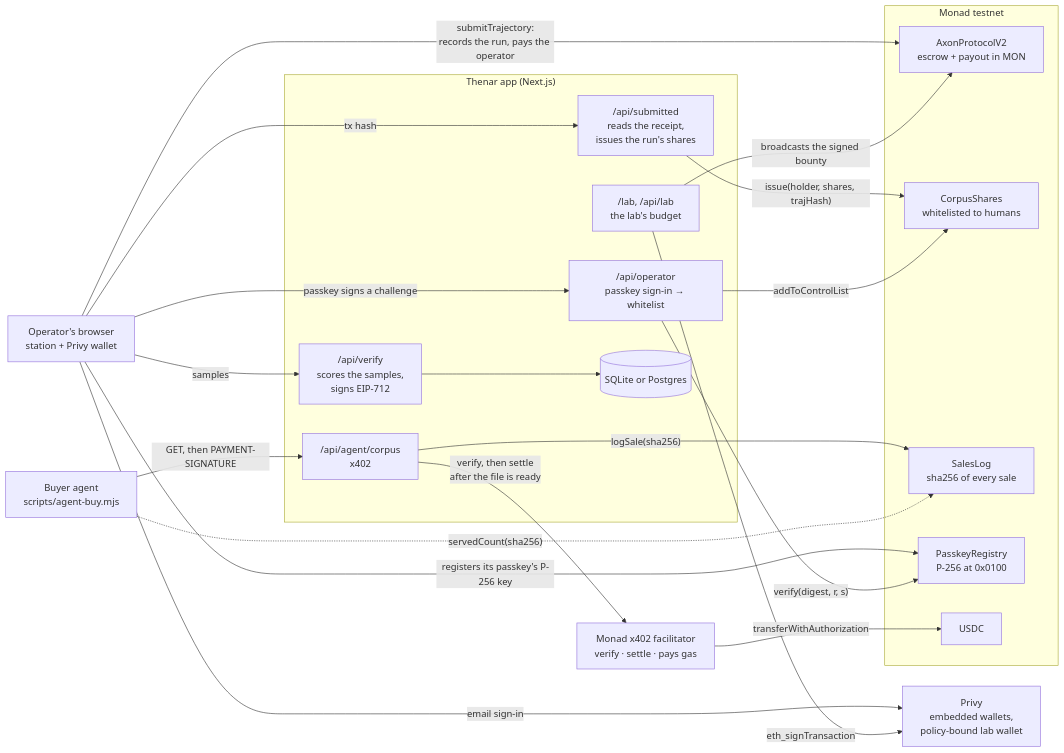
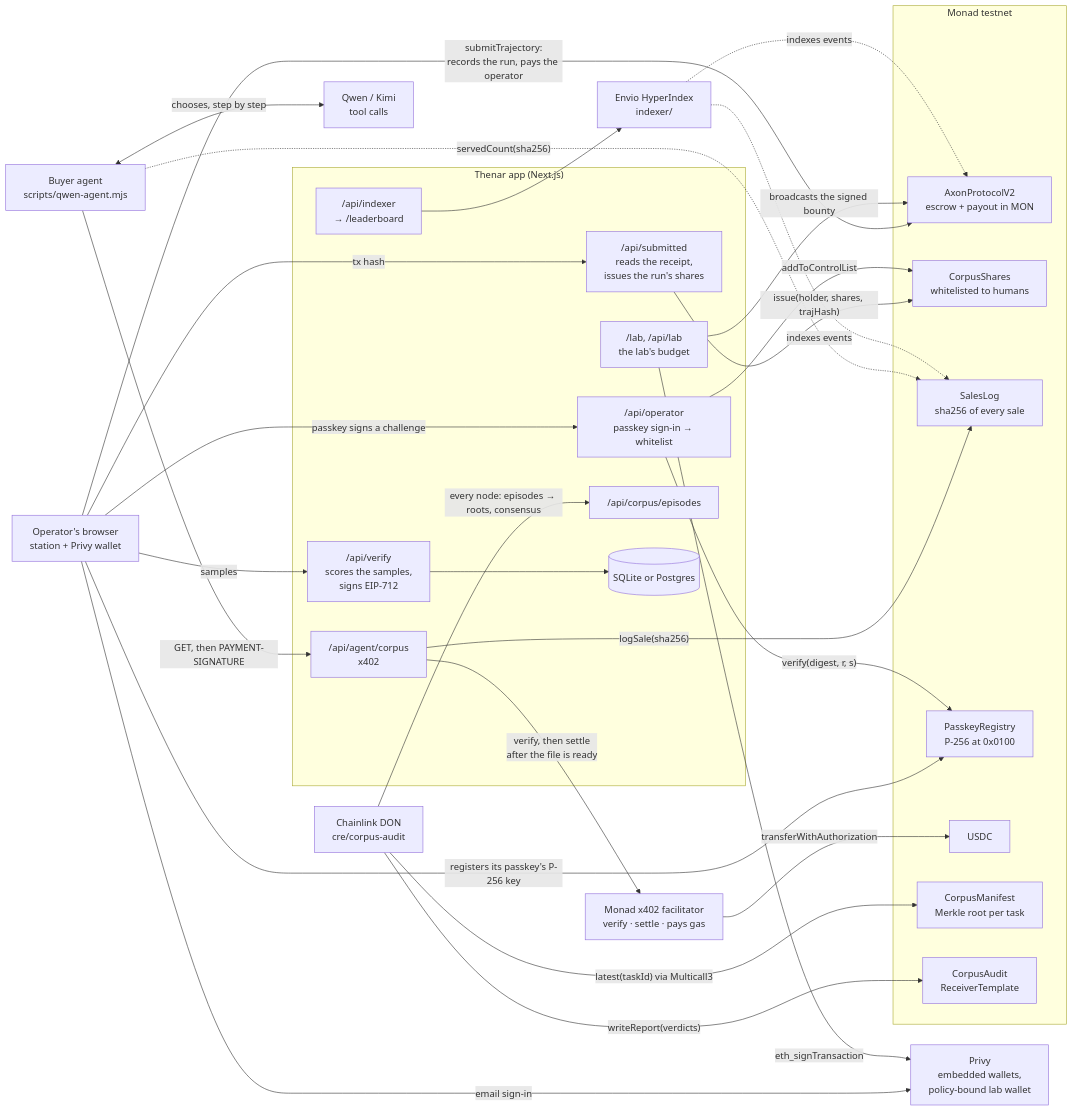
The diagram in README.md (nickthelegend/thenar-monad), drawn with Mermaid before and after one commit. The commit also changed other lines of this file and 10 other files, not shown here.

````diff
--- a/README.md
+++ b/README.md
@@ -55,39 +82,53 @@
 ```mermaid
 flowchart LR
   OP["Operator's browser<br/>station + Privy wallet"]
-  AGENT["Buyer agent<br/>scripts/agent-buy.mjs"]
+  AGENT["Buyer agent<br/>scripts/qwen-agent.mjs"]
+  LLM["Qwen / Kimi<br/>tool calls"]
+  DON["Chainlink DON<br/>cre/corpus-audit"]
+  ENVIO["Envio HyperIndex<br/>indexer/"]
 
   subgraph APP["Thenar app (Next.js)"]
     VERIFY["/api/verify<br/>scores the samples,<br/>signs EIP-712"]
     SUBMITTED["/api/submitted<br/>reads the receipt,<br/>issues the run's shares"]
     OPERATOR["/api/operator<br/>passkey sign-in → whitelist"]
     CORPUS["/api/agent/corpus<br/>x402"]
     LAB["/lab, /api/lab<br/>the lab's budget"]
+    EPISODES["/api/corpus/episodes"]
+    HISTORY["/api/indexer<br/>→ /leaderboard"]
     DB[("SQLite or Postgres")]
   end
 
   subgraph MONAD["Monad testnet"]
     AXON["AxonProtocolV2<br/>escrow + payout in MON"]
     SHARES["CorpusShares<br/>whitelisted to humans"]
     SALES["SalesLog<br/>sha256 of every sale"]
     PASS["PasskeyRegistry<br/>P-256 at 0x0100"]
     USDC["USDC"]
+    MANIFEST["CorpusManifest<br/>Merkle root per task"]
+    AUDIT["CorpusAudit<br/>ReceiverTemplate"]
   end
 
   FAC["Monad x402 facilitator<br/>verify · settle · pays gas"]
   PRIVY["Privy<br/>embedded wallets,<br/>policy-bound lab wallet"]
 
   OP -- "samples" --> VERIFY --> DB
   OP -- "submitTrajectory:<br/>records the run, pays the operator" --> AXON
   OP -- "tx hash" --> SUBMITTED -- "issue(holder, shares, trajHash)" --> SHARES
   OP -- "registers its passkey's P-256 key" --> PASS
   OP -- "passkey signs a challenge" --> OPERATOR -- "verify(digest, r, s)" --> PASS
   OPERATOR -- "addToControlList" --> SHARES
   AGENT -- "GET, then PAYMENT-SIGNATURE" --> CORPUS
   CORPUS -- "verify, then settle<br/>after the file is ready" --> FAC -- "transferWithAuthorization" --> USDC
   CORPUS -- "logSale(sha256)" --> SALES
   AGENT -. "servedCount(sha256)" .-> SALES
   OP -- "email sign-in" --> PRIVY
   LAB -- "eth_signTransaction" --> PRIVY
   LAB -- "broadcasts the signed bounty" --> AXON
+  AGENT <-- "chooses, step by step" --> LLM
+  DON -- "every node: episodes → roots, consensus" --> EPISODES
+  DON -- "latest(taskId) via Multicall3" --> MANIFEST
+  DON -- "writeReport(verdicts)" --> AUDIT
+  ENVIO -. "indexes events" .-> AXON
+  ENVIO -. "indexes events" .-> SALES
+  HISTORY --> ENVIO
 ```
````
